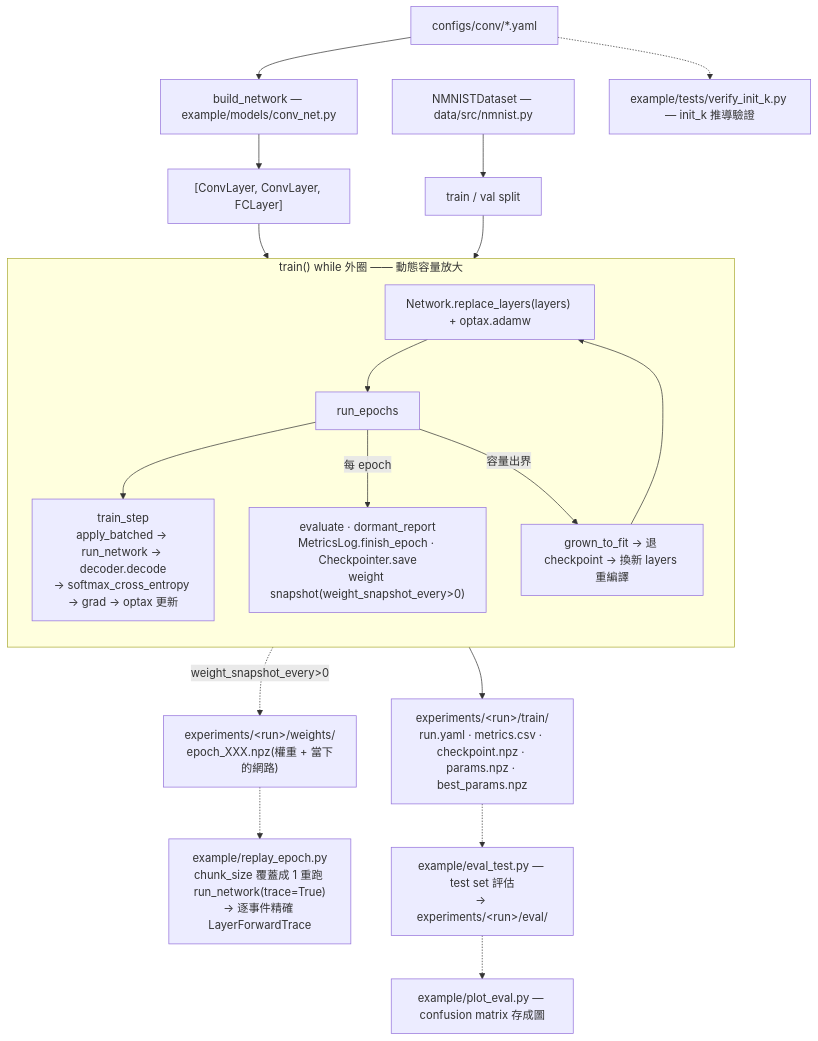
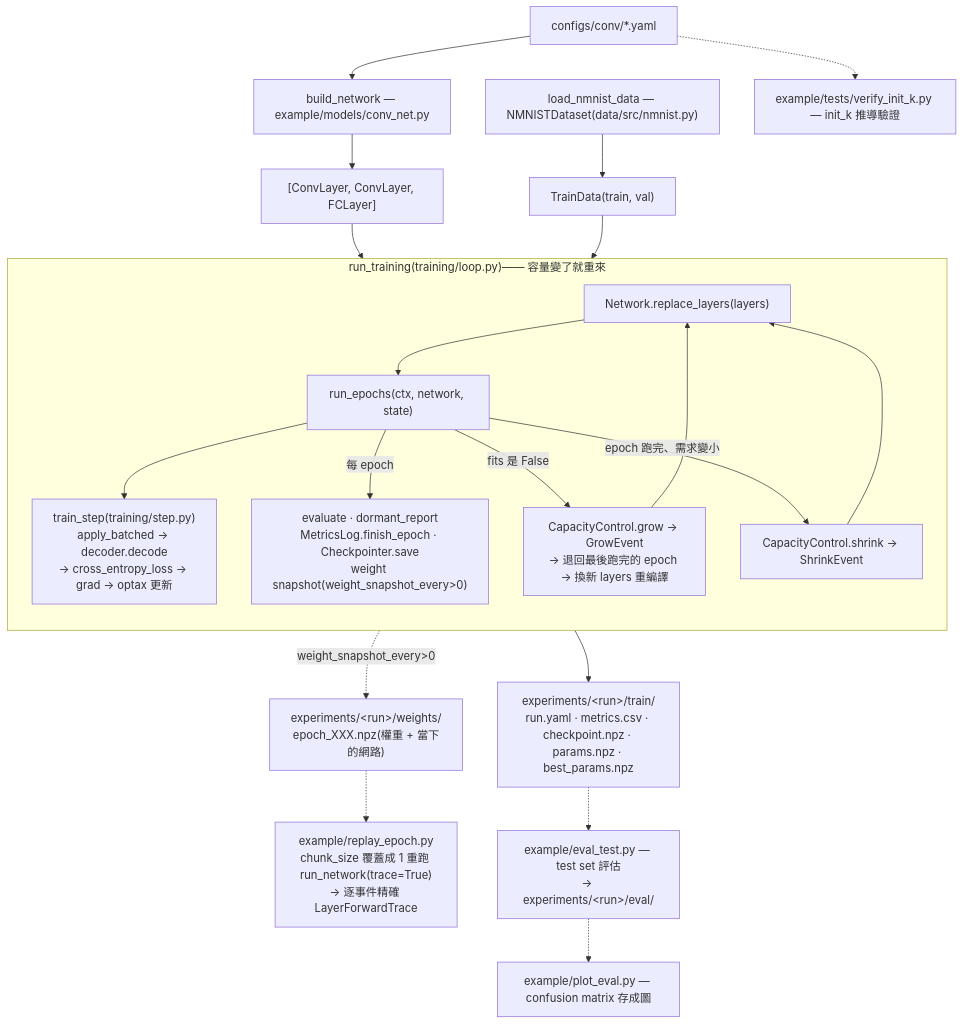
The second of 2 diagrams in docs/架構.md (Salt-Shio/Spiking-Affine-Lazy-Training), drawn with Mermaid before and after one commit. The commit also changed other lines of this file and 19 other files, not shown here.

Commit message:
架構審查階段 6.1:訓練腳本拆成 example/training/,run_epochs 收成 context,放大縮小記成事件

````diff
--- a/docs/架構.md
+++ b/docs/架構.md
@@ -100,24 +100,26 @@
 ```mermaid
 flowchart TD
     CFG["configs/conv/*.yaml"] --> BN["build_network — example/models/conv_net.py"]
     BN --> LAYERS["[ConvLayer, ConvLayer, FCLayer]"]
-    DS["NMNISTDataset — data/src/nmnist.py"] --> SPLIT["train / val split"]
+    DS["load_nmnist_data — NMNISTDataset(data/src/nmnist.py)"] --> SPLIT["TrainData(train, val)"]
 
     LAYERS --> WHILE
     SPLIT --> WHILE
-    subgraph WHILE["train() while 外圈 —— 動態容量放大"]
+    subgraph WHILE["run_training(training/loop.py)—— 容量變了就重來"]
         direction TB
-        NET["Network.replace_layers(layers) + optax.adamw"] --> RE["run_epochs"]
-        RE --> TS["train_step<br/>apply_batched → run_network → decoder.decode<br/>→ softmax_cross_entropy → grad → optax 更新"]
+        NET["Network.replace_layers(layers)"] --> RE["run_epochs(ctx, network, state)"]
+        RE --> TS["train_step(training/step.py)<br/>apply_batched → decoder.decode<br/>→ cross_entropy_loss → grad → optax 更新"]
         RE -->|"每 epoch"| PE["evaluate · dormant_report<br/>MetricsLog.finish_epoch · Checkpointer.save<br/>weight snapshot(weight_snapshot_every>0)"]
-        RE -->|"容量出界"| GROW["grown_to_fit → 退 checkpoint → 換新 layers 重編譯"]
+        RE -->|"fits 是 False"| GROW["CapacityControl.grow → GrowEvent<br/>→ 退回最後跑完的 epoch → 換新 layers 重編譯"]
+        RE -->|"epoch 跑完、需求變小"| SHRINK["CapacityControl.shrink → ShrinkEvent"]
         GROW --> NET
+        SHRINK --> NET
     end
     WHILE --> OUT["experiments/&lt;run&gt;/train/<br/>run.yaml · metrics.csv · checkpoint.npz · params.npz · best_params.npz"]
     WHILE -.->|"weight_snapshot_every>0"| WOUT["experiments/&lt;run&gt;/weights/<br/>epoch_XXX.npz(權重 + 當下的網路)"]
     WOUT -.-> REPLAY["example/replay_epoch.py<br/>chunk_size 覆蓋成 1 重跑 run_network(trace=True)<br/>→ 逐事件精確 LayerForwardTrace"]
 
     OUT -.-> EVAL["example/eval_test.py — test set 評估<br/>→ experiments/&lt;run&gt;/eval/"]
     EVAL -.-> PLOT["example/plot_eval.py — confusion matrix 存成圖"]
     CFG -.-> VER["example/tests/verify_init_k.py — init_k 推導驗證"]
 ```
````
